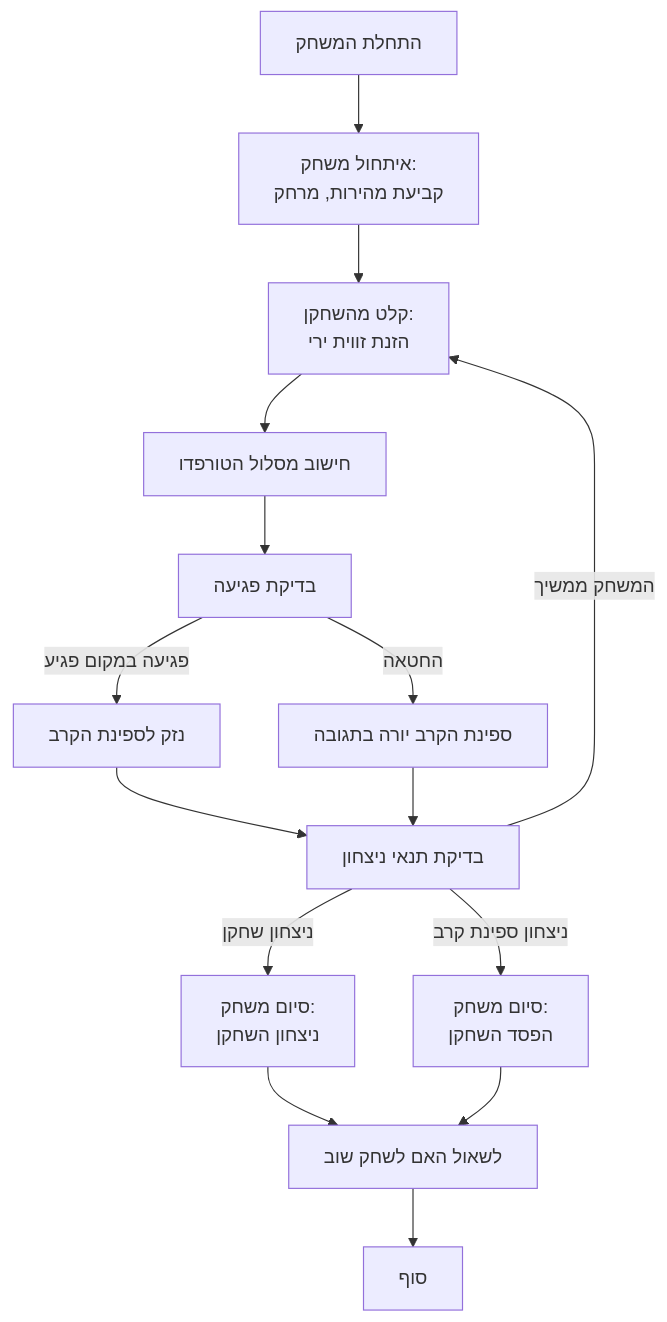
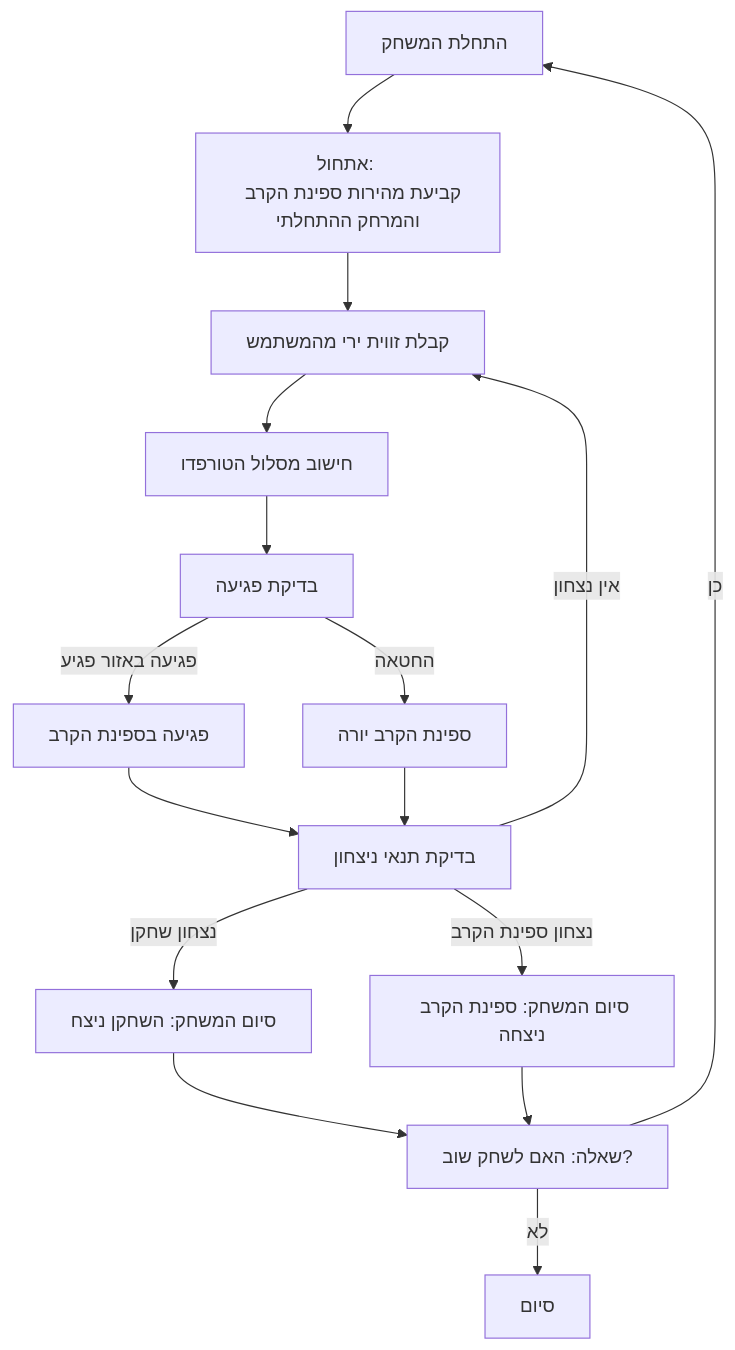
One commit to hypo69/hypo changed the diagram in docs/gemini/he/explainer/src/endpoints/ai_games/101_basic_computer_games/ru/rules/14_boat.ru.md.md. Above: the diagram before and after it, drawn with Mermaid. The commit also changed other lines of this file and 885 other files, not shown here.

````diff
--- a/docs/gemini/he/explainer/src/endpoints/ai_games/101_basic_computer_games/ru/rules/14_boat.ru.md.md
+++ b/docs/gemini/he/explainer/src/endpoints/ai_games/101_basic_computer_games/ru/rules/14_boat.ru.md.md
@@ -52,17 +37,19 @@
 ```mermaid
 flowchart TD
-    Start[התחלת המשחק] --> InitGame[איתחול משחק: <br> קביעת מהירות, מרחק]
-    InitGame --> PlayerInput[קלט מהשחקן: <br> הזנת זווית ירי]
-    PlayerInput --> CalculateTrajectory[חישוב מסלול הטורפדו]
+    Start[התחלת המשחק] --> Initialize[אתחול: <br> קביעת מהירות ספינת הקרב והמרחק ההתחלתי]
+    Initialize --> UserInput[קבלת זווית ירי מהמשתמש]
+    UserInput --> CalculateTrajectory[חישוב מסלול הטורפדו]
     CalculateTrajectory --> CheckHit[בדיקת פגיעה]
-    CheckHit -- פגיעה במקום פגיע --> DamageToShip[נזק לספינת הקרב]
-    DamageToShip --> CheckWinCondition[בדיקת תנאי ניצחון]
-    CheckHit -- החטאה --> ShipFires[ספינת הקרב יורה בתגובה]
-    ShipFires --> CheckWinCondition
-    CheckWinCondition -- ניצחון שחקן --> GameOverWin[סיום משחק: <br> ניצחון השחקן]
-    CheckWinCondition -- ניצחון ספינת קרב --> GameOverLose[סיום משחק: <br> הפסד השחקן]
-    CheckWinCondition -- המשחק ממשיך --> PlayerInput
-    GameOverWin --> PlayAgainQ[לשאול האם לשחק שוב]
-    GameOverLose --> PlayAgainQ
-    PlayAgainQ --> End[סוף]
+    CheckHit -- פגיעה באזור פגיע --> DamageToBattleShip[פגיעה בספינת הקרב]
+    CheckHit -- החטאה --> BattleShipFire[ספינת הקרב יורה]
+    DamageToBattleShip --> CheckWinCondition[בדיקת תנאי ניצחון]
+    BattleShipFire --> CheckWinCondition
+    CheckWinCondition -- נצחון שחקן --> EndGamePlayerWin[סיום המשחק: השחקן ניצח]
+    CheckWinCondition -- נצחון ספינת הקרב --> EndGameBattleShipWin[סיום המשחק: ספינת הקרב ניצחה]
+    CheckWinCondition -- אין נצחון --> UserInput
+    EndGamePlayerWin --> PlayAgain[שאלה: האם לשחק שוב?]
+    EndGameBattleShipWin --> PlayAgain
+    PlayAgain -- כן --> Start
+    PlayAgain -- לא --> End[סיום]
+
 ```
````
